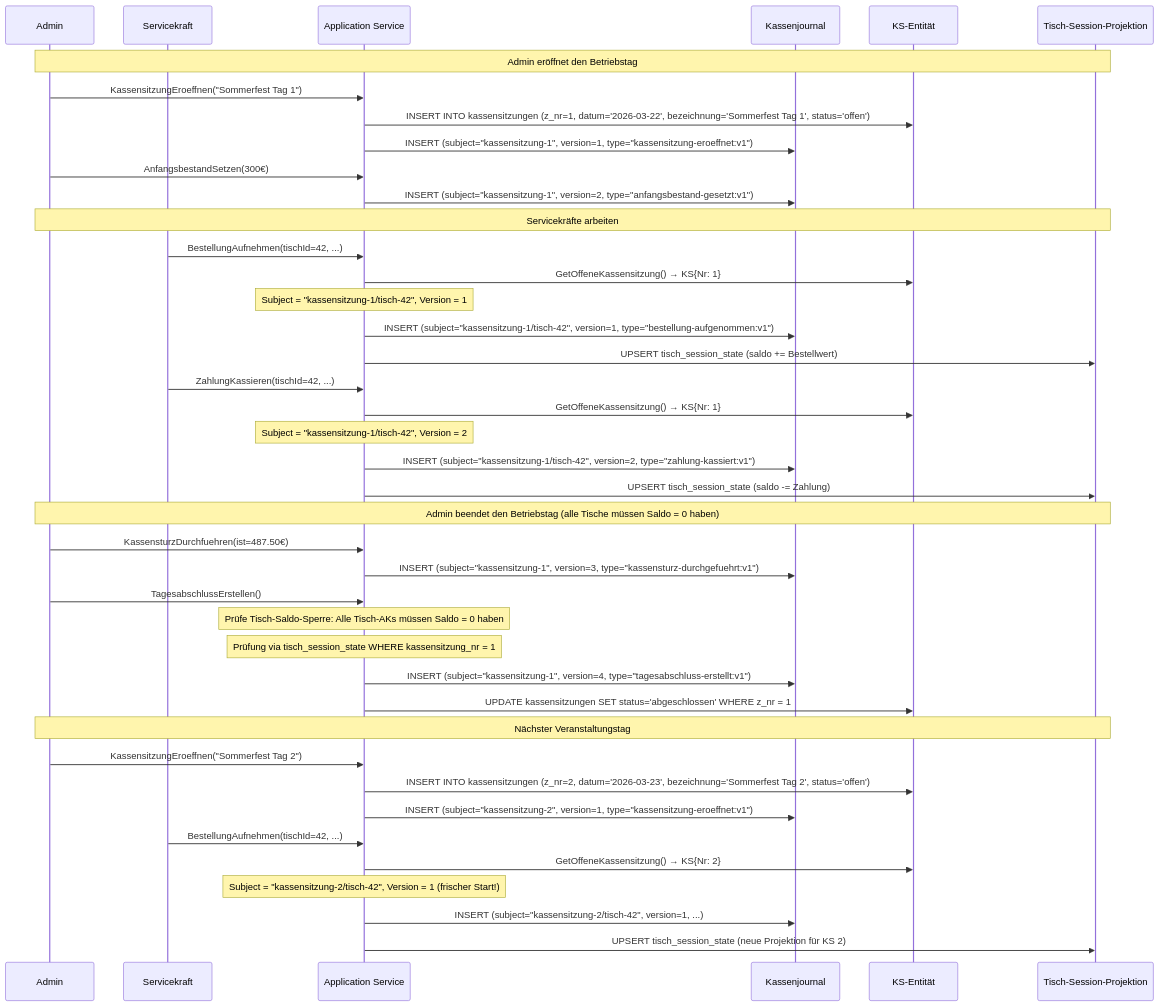
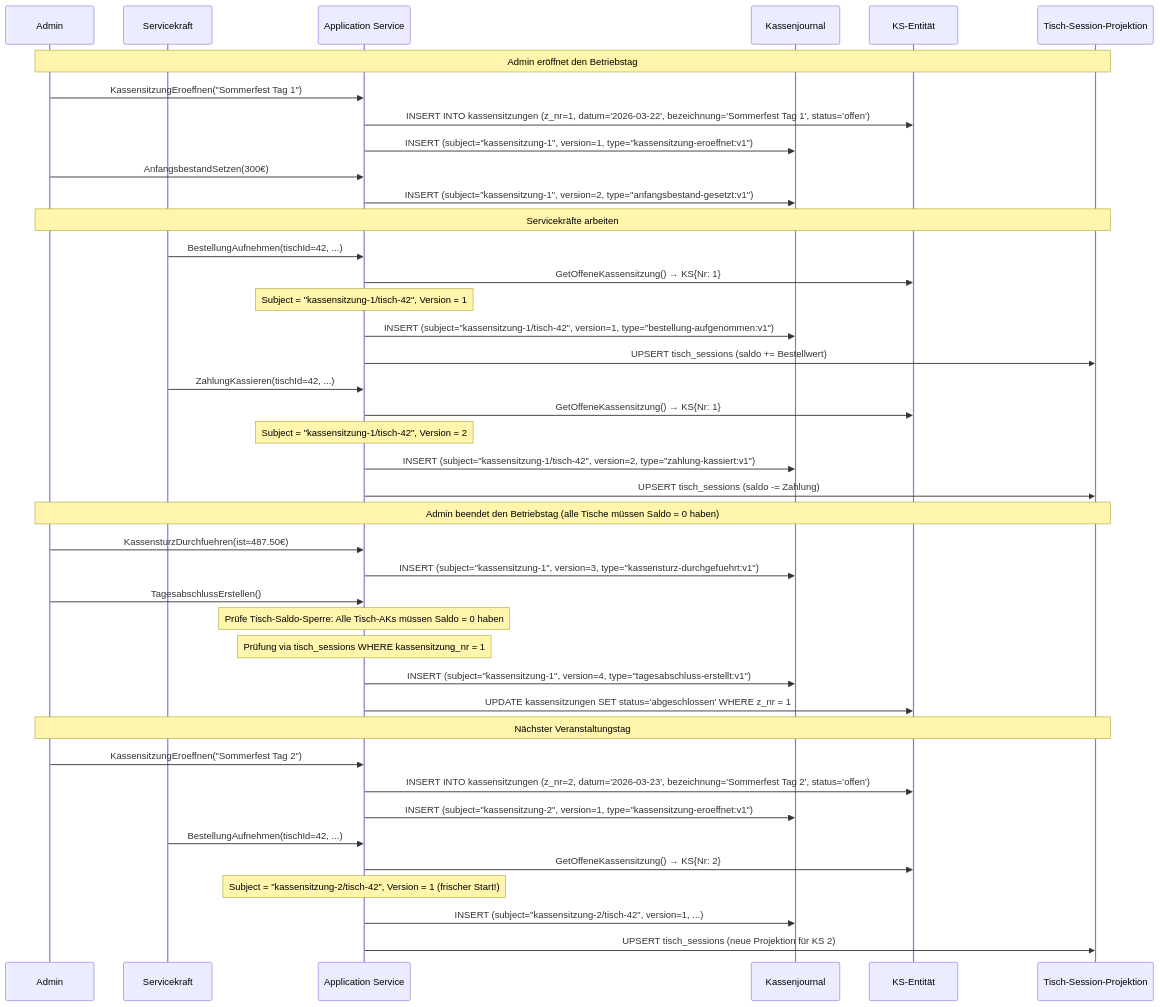
One commit to nicograef/jotti changed the fifth of 5 diagrams in docs/redesign.md. Above: the diagram before and after it, drawn with Mermaid. The commit also changed other lines of this file and 22 other files, not shown here.

Commit message:
rename!: tisch_session_state to tisch_sessions

````diff
--- a/docs/redesign.md
+++ b/docs/redesign.md
@@ -674,55 +674,55 @@
 ```mermaid
 sequenceDiagram
     participant A as Admin
     participant S as Servicekraft
     participant AS as Application Service
     participant KJ as Kassenjournal
     participant KSP as KS-Entität
     participant TSS as Tisch-Session-Projektion
 
     Note over A,TSS: Admin eröffnet den Betriebstag
 
     A->>AS: KassensitzungEroeffnen("Sommerfest Tag 1")
     AS->>KSP: INSERT INTO kassensitzungen (z_nr=1, datum='2026-03-22', bezeichnung='Sommerfest Tag 1', status='offen')
     AS->>KJ: INSERT (subject="kassensitzung-1", version=1, type="kassensitzung-eroeffnet:v1")
 
     A->>AS: AnfangsbestandSetzen(300€)
     AS->>KJ: INSERT (subject="kassensitzung-1", version=2, type="anfangsbestand-gesetzt:v1")
 
     Note over A,TSS: Servicekräfte arbeiten
 
     S->>AS: BestellungAufnehmen(tischId=42, ...)
     AS->>KSP: GetOffeneKassensitzung() → KS{Nr: 1}
     Note over AS: Subject = "kassensitzung-1/tisch-42", Version = 1
     AS->>KJ: INSERT (subject="kassensitzung-1/tisch-42", version=1, type="bestellung-aufgenommen:v1")
-    AS->>TSS: UPSERT tisch_session_state (saldo += Bestellwert)
+    AS->>TSS: UPSERT tisch_sessions (saldo += Bestellwert)
 
     S->>AS: ZahlungKassieren(tischId=42, ...)
     AS->>KSP: GetOffeneKassensitzung() → KS{Nr: 1}
     Note over AS: Subject = "kassensitzung-1/tisch-42", Version = 2
     AS->>KJ: INSERT (subject="kassensitzung-1/tisch-42", version=2, type="zahlung-kassiert:v1")
-    AS->>TSS: UPSERT tisch_session_state (saldo -= Zahlung)
+    AS->>TSS: UPSERT tisch_sessions (saldo -= Zahlung)
 
     Note over A,TSS: Admin beendet den Betriebstag (alle Tische müssen Saldo = 0 haben)
 
     A->>AS: KassensturzDurchfuehren(ist=487.50€)
     AS->>KJ: INSERT (subject="kassensitzung-1", version=3, type="kassensturz-durchgefuehrt:v1")
 
     A->>AS: TagesabschlussErstellen()
     Note over AS: Prüfe Tisch-Saldo-Sperre: Alle Tisch-AKs müssen Saldo = 0 haben
-    Note over AS: Prüfung via tisch_session_state WHERE kassensitzung_nr = 1
+    Note over AS: Prüfung via tisch_sessions WHERE kassensitzung_nr = 1
     AS->>KJ: INSERT (subject="kassensitzung-1", version=4, type="tagesabschluss-erstellt:v1")
     AS->>KSP: UPDATE kassensitzungen SET status='abgeschlossen' WHERE z_nr = 1
 
     Note over A,TSS: Nächster Veranstaltungstag
 
     A->>AS: KassensitzungEroeffnen("Sommerfest Tag 2")
     AS->>KSP: INSERT INTO kassensitzungen (z_nr=2, datum='2026-03-23', bezeichnung='Sommerfest Tag 2', status='offen')
     AS->>KJ: INSERT (subject="kassensitzung-2", version=1, type="kassensitzung-eroeffnet:v1")
 
     S->>AS: BestellungAufnehmen(tischId=42, ...)
     AS->>KSP: GetOffeneKassensitzung() → KS{Nr: 2}
     Note over AS: Subject = "kassensitzung-2/tisch-42", Version = 1 (frischer Start!)
     AS->>KJ: INSERT (subject="kassensitzung-2/tisch-42", version=1, ...)
-    AS->>TSS: UPSERT tisch_session_state (neue Projektion für KS 2)
+    AS->>TSS: UPSERT tisch_sessions (neue Projektion für KS 2)
 ```
````
